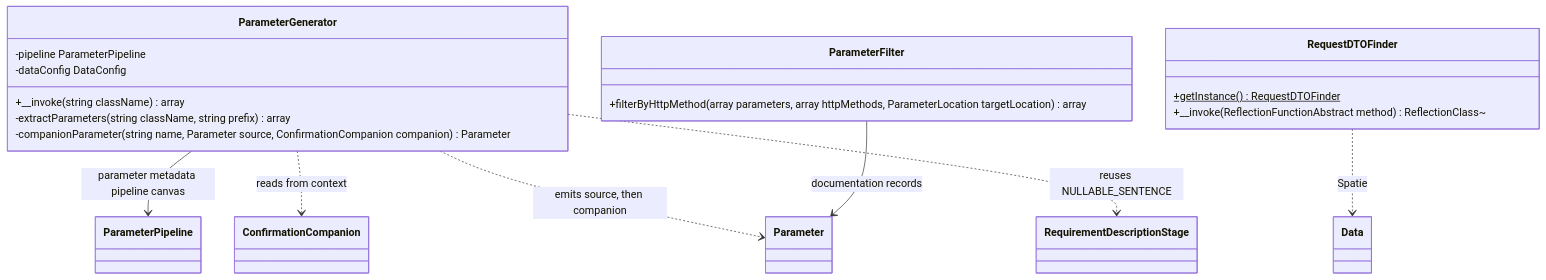
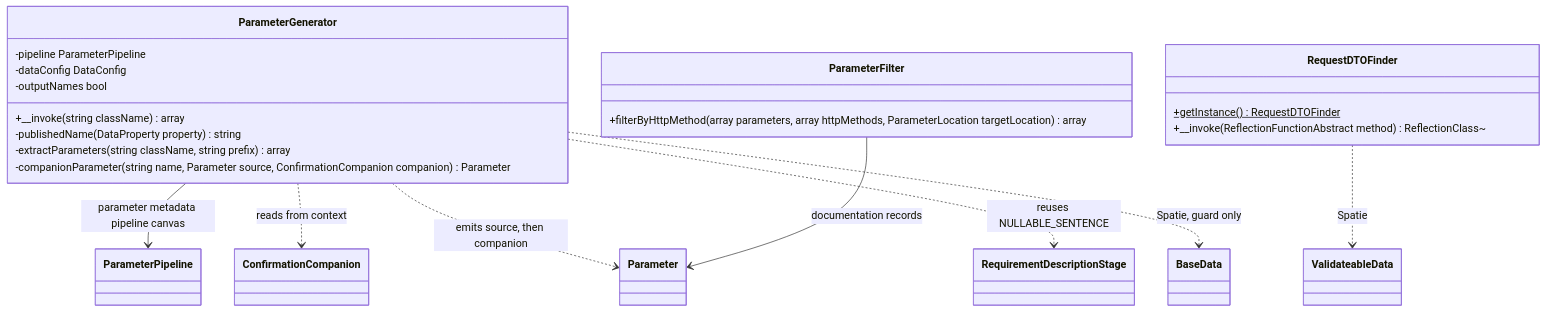
The diagram in spdd/prompt/LDD-202608281600-[Canvas]-service-dto-parameter-extraction.md (abrhadev/laravel-data-docs), drawn with Mermaid before and after one commit. The commit also changed other lines of this file and 27 other files, not shown here.

````diff
--- a/spdd/prompt/LDD-202608281600-[Canvas]-service-dto-parameter-extraction.md
+++ b/spdd/prompt/LDD-202608281600-[Canvas]-service-dto-parameter-extraction.md
@@ -17,26 +17,29 @@
 ```mermaid
 classDiagram
     class ParameterGenerator {
         -pipeline ParameterPipeline
         -dataConfig DataConfig
+        -outputNames bool
         +__invoke(string className) array
+        -publishedName(DataProperty property) string
         -extractParameters(string className, string prefix) array
         -companionParameter(string name, Parameter source, ConfirmationCompanion companion) Parameter
     }
 
     class ParameterFilter {
         +filterByHttpMethod(array parameters, array httpMethods, ParameterLocation targetLocation) array
     }
 
     class RequestDTOFinder {
         +getInstance() RequestDTOFinder$
         +__invoke(ReflectionFunctionAbstract method) ReflectionClass~
     }
 
     ParameterGenerator --> ParameterPipeline : parameter metadata pipeline canvas
     ParameterGenerator ..> ConfirmationCompanion : reads from context
     ParameterGenerator ..> Parameter : emits source, then companion
     ParameterGenerator ..> RequirementDescriptionStage : reuses NULLABLE_SENTENCE
     ParameterFilter --> Parameter : documentation records
-    RequestDTOFinder ..> Data : Spatie
+    RequestDTOFinder ..> ValidateableData : Spatie
+    ParameterGenerator ..> BaseData : Spatie, guard only
 ```
````
